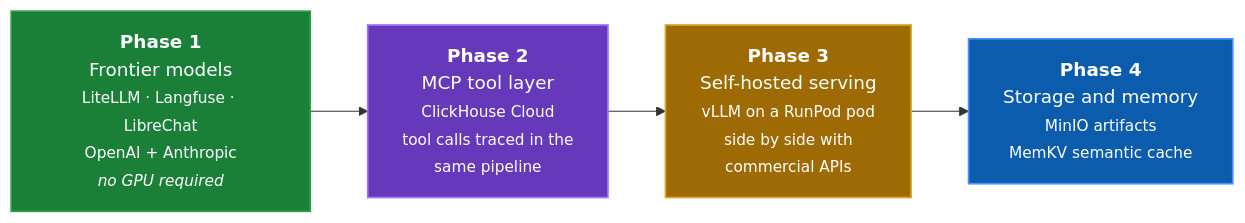
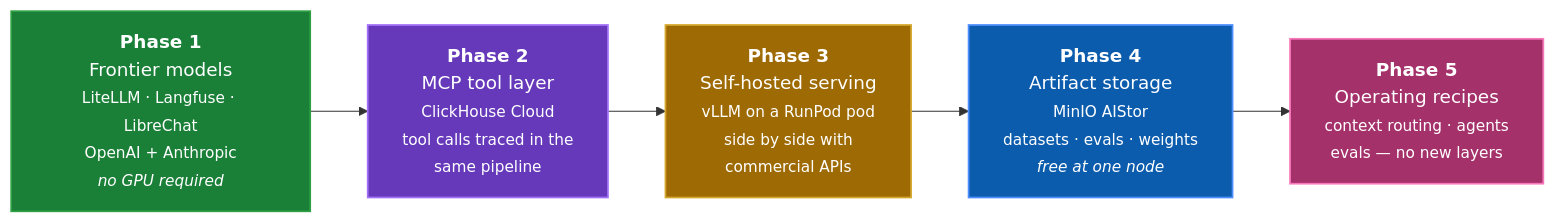
Before and after one commit to litkhai/llmops-in-a-box: the diagram in docs/phases.md, drawn with Mermaid. The commit also changed other lines of this file and 5 other files, not shown here.

````diff
--- a/docs/phases.md
+++ b/docs/phases.md
@@ -31,18 +31,21 @@
 ```mermaid
 flowchart LR
     P1["<b>Phase 1</b><br/>Frontier models<br/><small>LiteLLM · Langfuse · LibreChat<br/>OpenAI + Anthropic<br/><i>no GPU required</i></small>"]
     P2["<b>Phase 2</b><br/>MCP tool layer<br/><small>ClickHouse Cloud<br/>tool calls traced in the<br/>same pipeline</small>"]
     P3["<b>Phase 3</b><br/>Self-hosted serving<br/><small>vLLM on a RunPod pod<br/>side by side with<br/>commercial APIs</small>"]
-    P4["<b>Phase 4</b><br/>Storage and memory<br/><small>MinIO artifacts<br/>MemKV semantic cache</small>"]
+    P4["<b>Phase 4</b><br/>Artifact storage<br/><small>MinIO AIStor<br/>datasets · evals · weights<br/><i>free at one node</i></small>"]
+    P5["<b>Phase 5</b><br/>Operating recipes<br/><small>context routing · agents<br/>evals — no new layers</small>"]
 
-    P1 --> P2 --> P3 --> P4
+    P1 --> P2 --> P3 --> P4 --> P5
 
     classDef p1 fill:#1a7f37,stroke:#2ea043,color:#fff,stroke-width:1.5px
     classDef p2 fill:#6639ba,stroke:#a371f7,color:#fff,stroke-width:1.5px
     classDef p3 fill:#9e6a03,stroke:#d4a72c,color:#fff,stroke-width:1.5px
     classDef p4 fill:#0b5cad,stroke:#4c8dff,color:#fff,stroke-width:1.5px
+    classDef p5 fill:#a5316b,stroke:#f778ba,color:#fff,stroke-width:1.5px
     class P1 p1
     class P2 p2
     class P3 p3
     class P4 p4
+    class P5 p5
 ```
````
